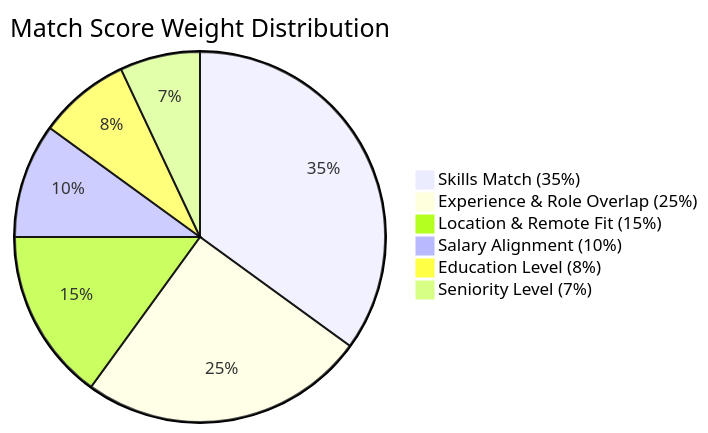
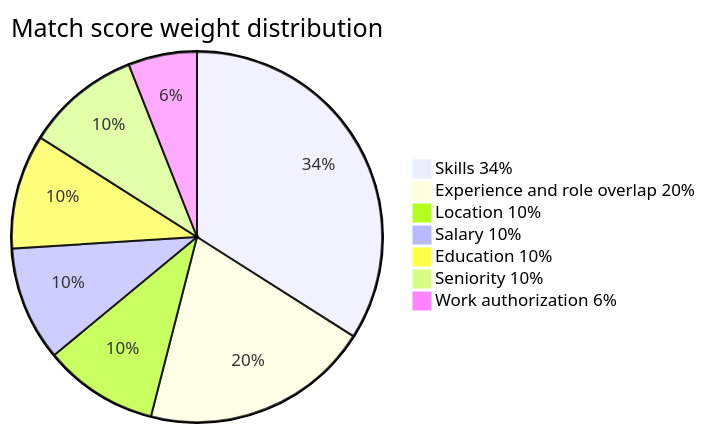
One commit to RobertoDure/job-pilot-ai changed the sixth of 7 diagrams in README.md. Above: the diagram before and after it, drawn with Mermaid. The commit also changed other lines of this file and 10 other files, not shown here.

````diff
--- a/README.md
+++ b/README.md
@@ -189,9 +635,10 @@
 ```mermaid
-pie title Match Score Weight Distribution
-    "Skills Match (35%)" : 35
-    "Experience & Role Overlap (25%)" : 25
-    "Location & Remote Fit (15%)" : 15
-    "Salary Alignment (10%)" : 10
-    "Education Level (8%)" : 8
-    "Seniority Level (7%)" : 7
+pie title Match score weight distribution
+    "Skills 34%" : 34
+    "Experience and role overlap 20%" : 20
+    "Location 10%" : 10
+    "Salary 10%" : 10
+    "Education 10%" : 10
+    "Seniority 10%" : 10
+    "Work authorization 6%" : 6
 ```
````
